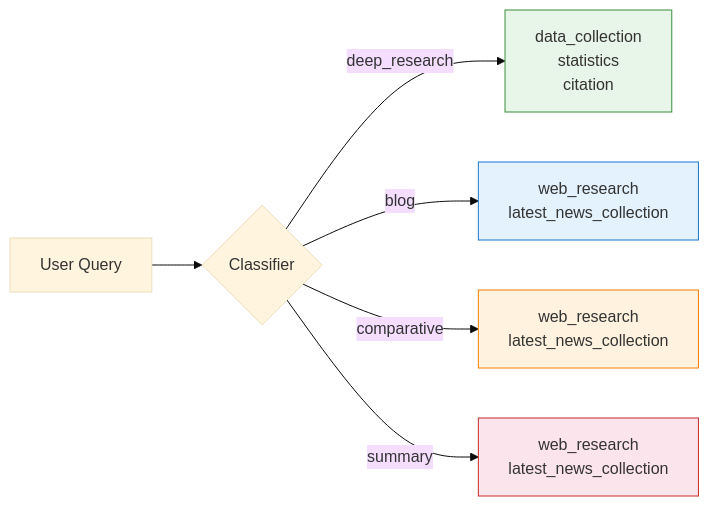
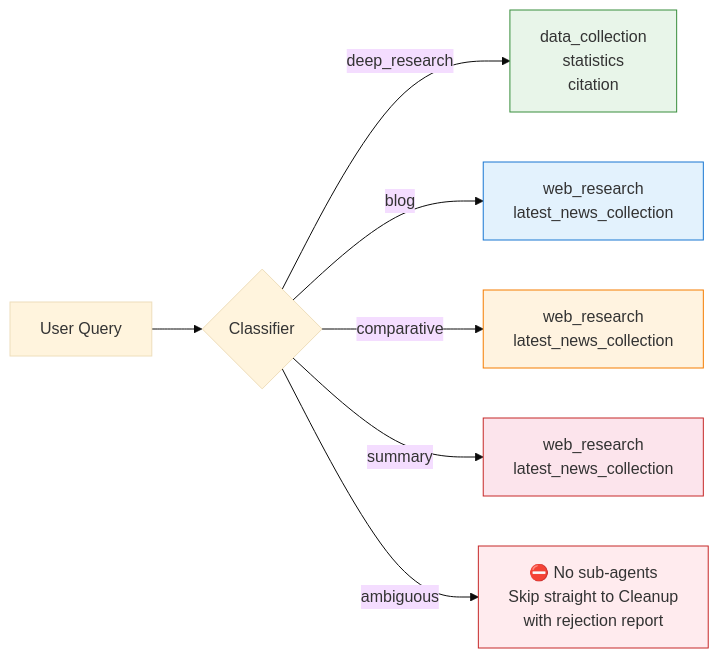
The second of 9 diagrams in backend/docs/LANGGRAPH_WORKFLOW.md (deepinsightlabs25-tech/aion-ai-research), drawn with Mermaid (base theme) before and after one commit. The commit also changed other lines of this file and 6 other files, not shown here.

````diff
--- a/backend/docs/LANGGRAPH_WORKFLOW.md
+++ b/backend/docs/LANGGRAPH_WORKFLOW.md
@@ -63,16 +64,18 @@
 ```mermaid
 flowchart LR
     Q["User Query"]
 
     Q --> C{"Classifier"}
 
     C -->|"deep_research"| DR["data_collection<br/>statistics<br/>citation"]
     C -->|"blog"| BL["web_research<br/>latest_news_collection"]
     C -->|"comparative"| CO["web_research<br/>latest_news_collection"]
     C -->|"summary"| SU["web_research<br/>latest_news_collection"]
+    C -->|"ambiguous"| AM["⛔ No sub-agents<br/>Skip straight to Cleanup<br/>with rejection report"]
 
     style DR fill:#e8f5e9,stroke:#388e3c
     style BL fill:#e3f2fd,stroke:#1976d2
     style CO fill:#fff3e0,stroke:#f57c00
     style SU fill:#fce4ec,stroke:#c62828
+    style AM fill:#ffebee,stroke:#c62828
 ```
````
